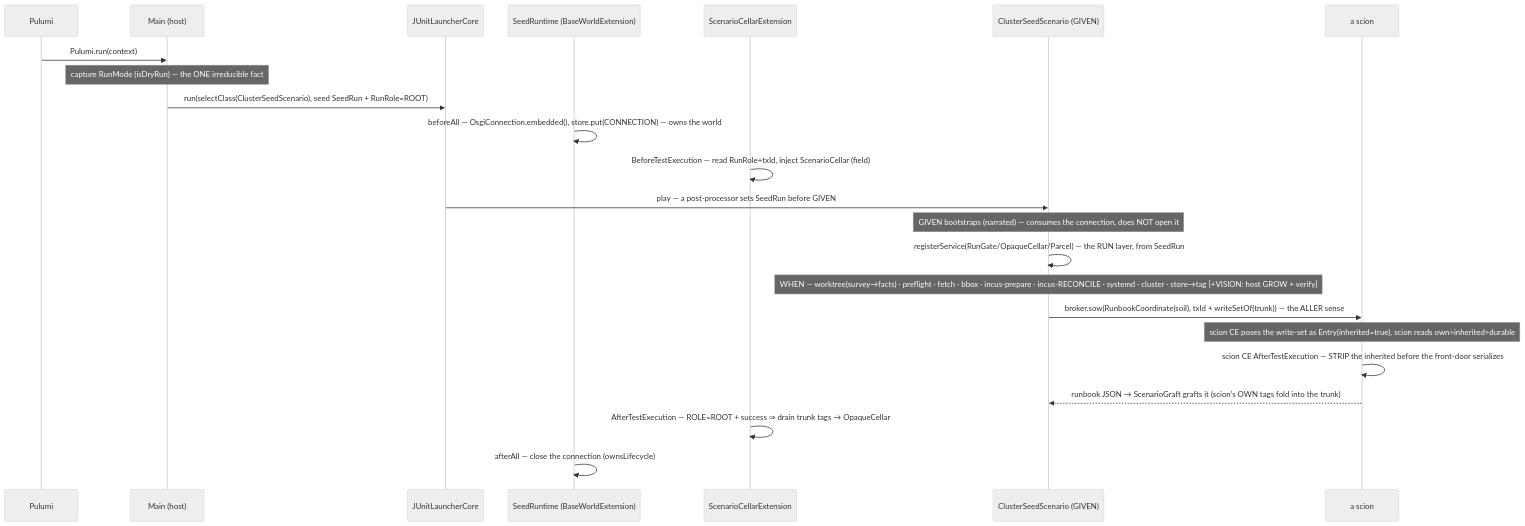
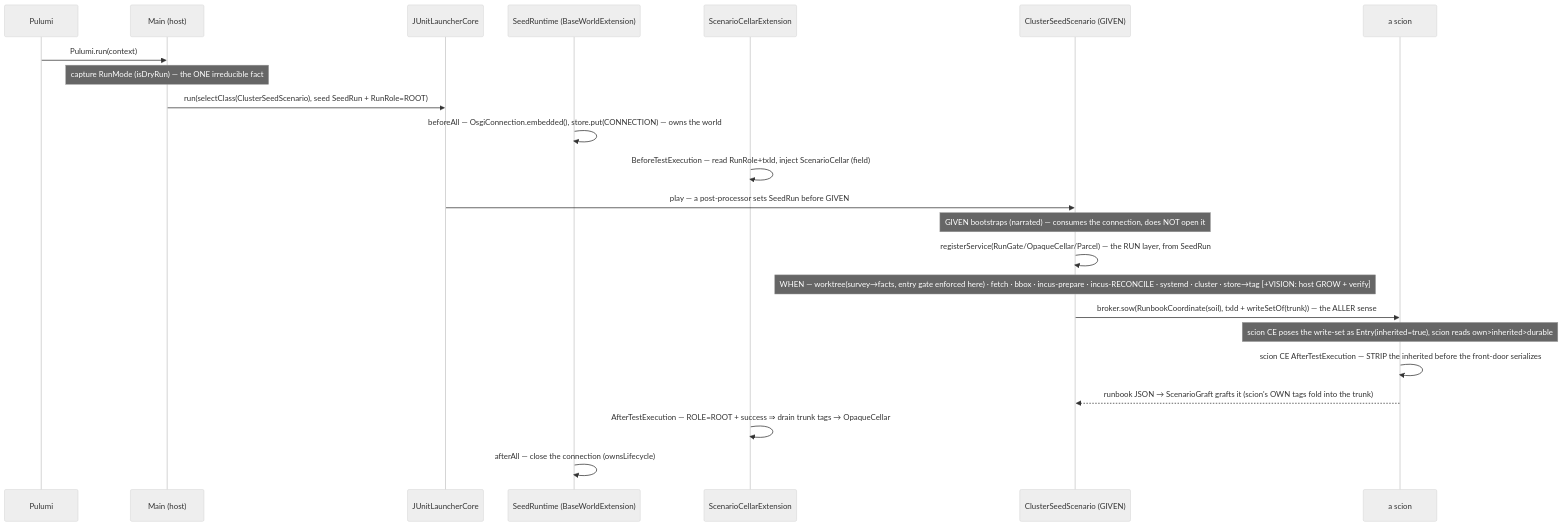
The third of 7 diagrams in docs/architecture/atlas/seed.adoc (nxmatic/rke2lab), drawn with Mermaid (neutral theme) before and after one commit. The commit also changed other lines of this file and 46 other files, not shown here.

First line of the commit message:
feat(worktree,incus): self-contained grow plan + OSGi-side entry gate + worktree-contract fold

```diff
--- a/docs/architecture/atlas/seed.adoc
+++ b/docs/architecture/atlas/seed.adoc
@@ -299,27 +299,27 @@
 [mermaid]
 ----
 sequenceDiagram
   participant P as Pulumi
   participant M as Main (host)
   participant L as JUnitLauncherCore
   participant WE as SeedRuntime (BaseWorldExtension)
   participant CE as ScenarioCellarExtension
   participant S as ClusterSeedScenario (GIVEN)
   participant Sc as a scion
 
   P->>M: Pulumi.run(context)
   Note over M: capture RunMode (isDryRun) — the ONE irreducible fact
   M->>L: run(selectClass(ClusterSeedScenario), seed SeedRun + RunRole=ROOT)
   WE->>WE: beforeAll — OsgiConnection.embedded(), store.put(CONNECTION) — owns the world
   CE->>CE: BeforeTestExecution — read RunRole+txId, inject ScenarioCellar (field)
   L->>S: play — a post-processor sets SeedRun before GIVEN
   Note over S: GIVEN bootstraps (narrated) — consumes the connection, does NOT open it
   S->>S: registerService(RunGate/OpaqueCellar/Parcel) — the RUN layer, from SeedRun
-  Note over S: WHEN — worktree(survey→facts) · preflight · fetch · bbox · incus-prepare · incus-RECONCILE · systemd · cluster · store→tag [+VISION: host GROW + verify]
+  Note over S: WHEN — worktree(survey→facts, entry gate enforced here) · fetch · bbox · incus-prepare · incus-RECONCILE · systemd · cluster · store→tag [+VISION: host GROW + verify]
   S->>Sc: broker.sow(RunbookCoordinate(soil), txId + writeSetOf(trunk)) — the ALLER sense
   Note over Sc: scion CE poses the write-set as Entry(inherited=true), scion reads own>inherited>durable
   Sc->>Sc: scion CE AfterTestExecution — STRIP the inherited before the front-door serializes
   Sc-->>S: runbook JSON → ScenarioGraft grafts it (scion's OWN tags fold into the trunk)
   CE->>CE: AfterTestExecution — ROLE=ROOT + success ⇒ drain trunk tags → OpaqueCellar
   WE->>WE: afterAll — close the connection (ownsLifecycle)
 ----
```
